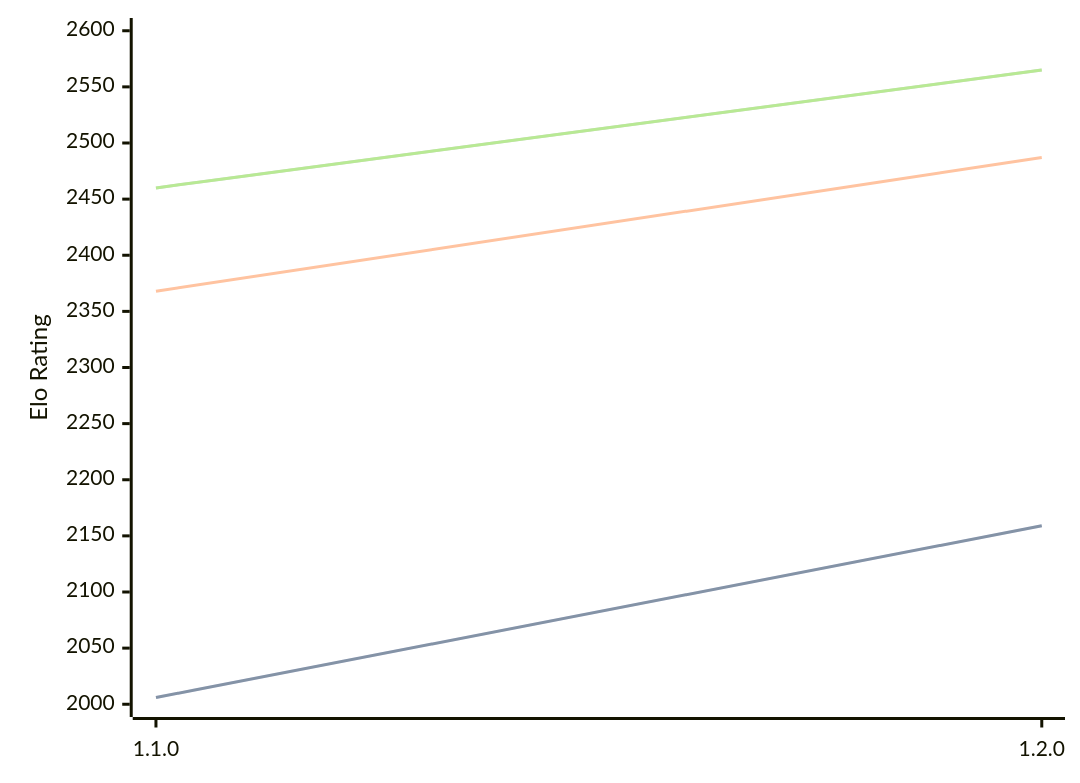
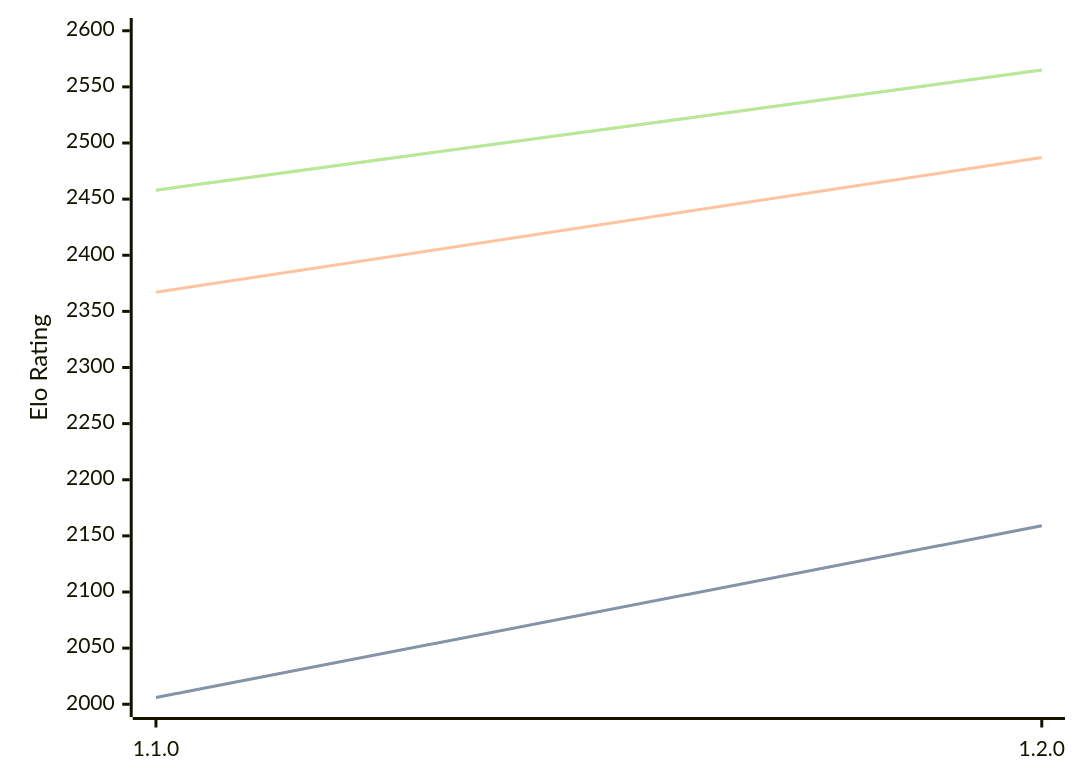
The diagram in engines/Gyatso.md (computer-chess-index/cci), drawn with Mermaid before and after one commit. The commit also changed other lines of this file, not shown here.

Commit message:
Update CCI Ratings (ELO VLTC) - 2026-03-01

````diff
--- a/engines/Gyatso.md
+++ b/engines/Gyatso.md
@@ -31,11 +31,11 @@
 ```mermaid
 %%{init: {"theme":"base","themeVariables":{"seriesColors:['#a3a3a3','#222221','#faa371']}}}%%
 xychart-beta
   x-axis ["1.1.0", "1.2.0"]
   y-axis "Elo Rating" 2000 --> 2600
   line "STC (8.0+0.08s)" [2006, 2159]
   line "STC (8.0+0.08s)" [2006, 2159]
-  line "LTC (60.0+0.60s)" [2368, 2487]
-  line "VLTC (2m24s+1.12s)" [2460, 2565]
-  line "VLTC (2m24s+1.12s)" [2460, 2565]
+  line "LTC (60.0+0.60s)" [2367, 2487]
+  line "VLTC (2m24s+1.12s)" [2458, 2565]
+  line "VLTC (2m24s+1.12s)" [2458, 2565]
 ```
````
